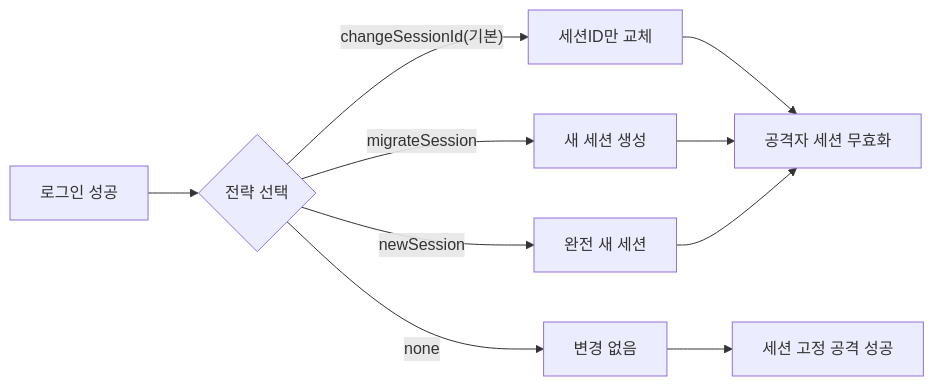
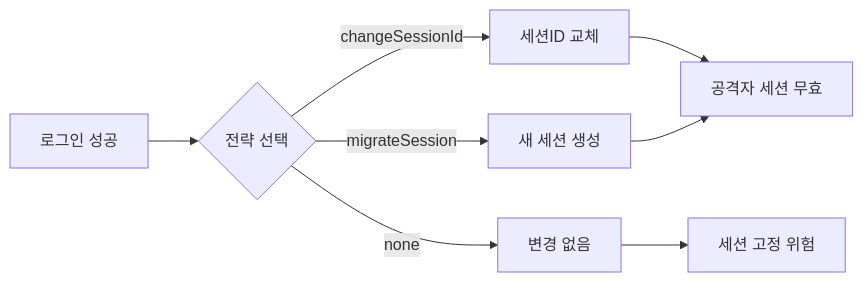
Before and after one commit to yjkim2015/yjkim2015.github.io: the second of 3 diagrams in _posts/security/2021-02-02-세션 고정 보호.md, drawn with Mermaid. The commit also changed other lines of this file and 245 other files, not shown here.

First line of the commit message:
Mermaid 다이어그램 전면 수정 + 면접 포인트 접기/펼치기 + DB 데드락 페이지

````diff
--- a/_posts/security/2021-02-02-세션 고정 보호.md
+++ b/_posts/security/2021-02-02-세션 고정 보호.md
@@ -36,10 +36,10 @@
 ```mermaid
 flowchart LR
     A["로그인 성공"] --> B{"전략 선택"}
-    B -- "changeSessionId(기본)" --> C["세션ID만 교체"]
+    B -- "changeSessionId" --> C["세션ID 교체"]
     B -- "migrateSession" --> D["새 세션 생성"]
-    B -- "newSession" --> E["완전 새 세션"]
     B -- "none" --> F["변경 없음"]
-    C & D & E --> G["공격자 세션 무효화"]
-    F --> H["세션 고정 공격 성공"]
+    C --> G["공격자 세션 무효"]
+    D --> G
+    F --> H["세션 고정 위험"]
 ```
````
